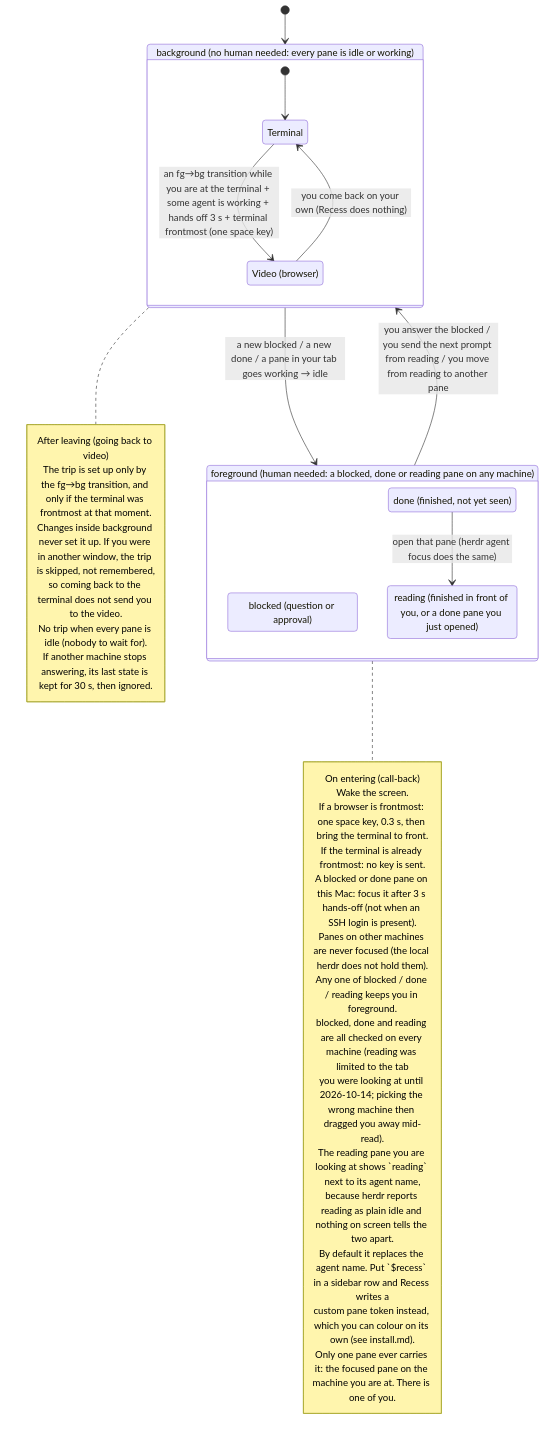
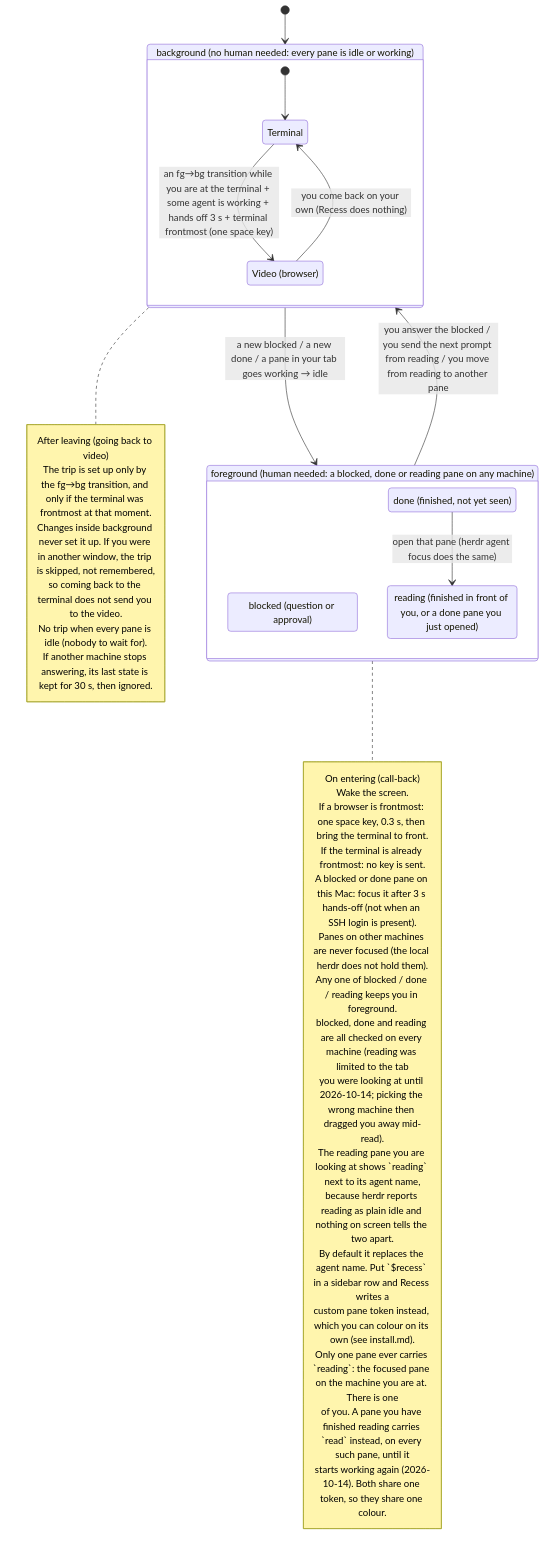
The first of 2 diagrams in docs/spec.md (tatsuro-ueda/recess), drawn with Mermaid before and after one commit. The commit also changed other lines of this file and 3 other files, not shown here.

````diff
--- a/docs/spec.md
+++ b/docs/spec.md
@@ -11,49 +11,51 @@
 ```mermaid
 stateDiagram-v2
     direction TB
 
     state "background (no human needed: every pane is idle or working)" as bg {
         state "Terminal" as term
         state "Video (browser)" as nf
         [*] --> term
         term --> nf : an fg→bg transition while you are at the terminal + some agent is working + hands off 3 s + terminal frontmost (one space key)
         nf --> term : you come back on your own (Recess does nothing)
     }
 
     state "foreground (human needed: a blocked, done or reading pane on any machine)" as fg {
         state "blocked (question or approval)" as blocked
         state "done (finished, not yet seen)" as done
         state "reading (finished in front of you, or a done pane you just opened)" as reading
         done --> reading : open that pane (herdr agent focus does the same)
     }
 
     [*] --> bg
     bg --> fg : a new blocked / a new done / a pane in your tab goes working → idle
     fg --> bg : you answer the blocked / you send the next prompt from reading / you move from reading to another pane
 
     note right of fg
         On entering (call-back)
         Wake the screen.
         If a browser is frontmost: one space key, 0.3 s, then bring the terminal to front.
         If the terminal is already frontmost: no key is sent.
         A blocked or done pane on this Mac: focus it after 3 s hands-off (not when an SSH login is present).
         Panes on other machines are never focused (the local herdr does not hold them).
         Any one of blocked / done / reading keeps you in foreground.
         blocked, done and reading are all checked on every machine (reading was limited to the tab
         you were looking at until 2026-10-14; picking the wrong machine then dragged you away mid-read).
         The reading pane you are looking at shows `reading` next to its agent name,
         because herdr reports reading as plain idle and nothing on screen tells the two apart.
         By default it replaces the agent name. Put `$recess` in a sidebar row and Recess writes a
         custom pane token instead, which you can colour on its own (see install.md).
-        Only one pane ever carries it: the focused pane on the machine you are at. There is one of you.
+        Only one pane ever carries `reading`: the focused pane on the machine you are at. There is one
+        of you. A pane you have finished reading carries `read` instead, on every such pane, until it
+        starts working again (2026-10-14). Both share one token, so they share one colour.
     end note
 
     note right of bg
         After leaving (going back to video)
         The trip is set up only by the fg→bg transition, and only if the terminal was frontmost at that moment.
         Changes inside background never set it up. If you were in another window, the trip is skipped, not remembered,
         so coming back to the terminal does not send you to the video.
         No trip when every pane is idle (nobody to wait for).
         If another machine stops answering, its last state is kept for 30 s, then ignored.
     end note
 ```
````
